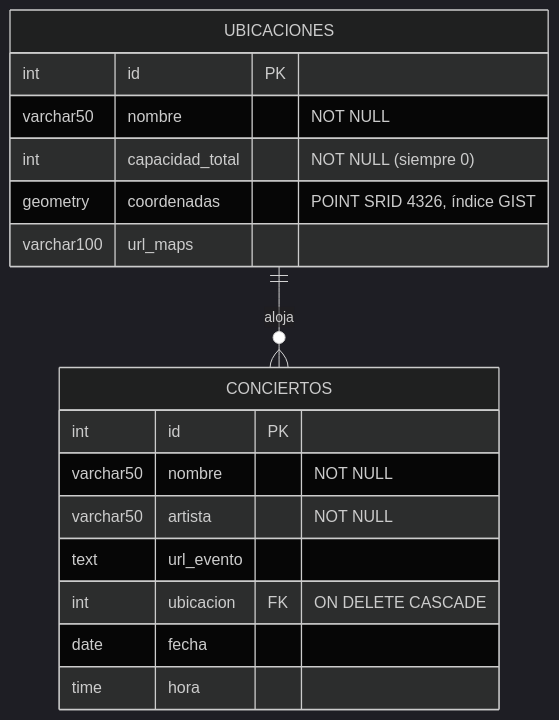
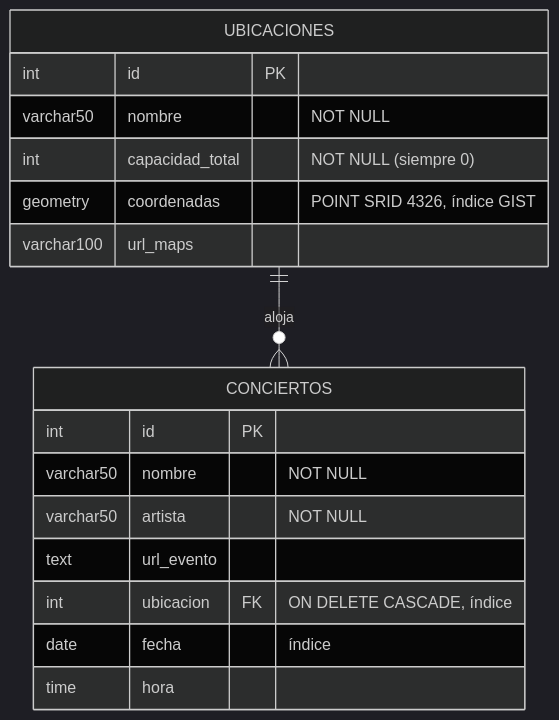
The fourth of 8 diagrams in docs/ARQUITECTURA.md (FernandezMarcodev/concierto-finder), drawn with Mermaid (dark theme) before and after one commit. The commit also changed other lines of this file and 10 other files, not shown here.

````diff
--- a/docs/ARQUITECTURA.md
+++ b/docs/ARQUITECTURA.md
@@ -103,20 +104,20 @@
 ```mermaid
 erDiagram
     UBICACIONES ||--o{ CONCIERTOS : "aloja"
     UBICACIONES {
         int id PK
         varchar50 nombre "NOT NULL"
         int capacidad_total "NOT NULL (siempre 0)"
         geometry coordenadas "POINT SRID 4326, índice GIST"
         varchar100 url_maps
     }
     CONCIERTOS {
         int id PK
         varchar50 nombre "NOT NULL"
         varchar50 artista "NOT NULL"
         text url_evento
-        int ubicacion FK "ON DELETE CASCADE"
-        date fecha
+        int ubicacion FK "ON DELETE CASCADE, índice"
+        date fecha "índice"
         time hora
     }
 ```
````
